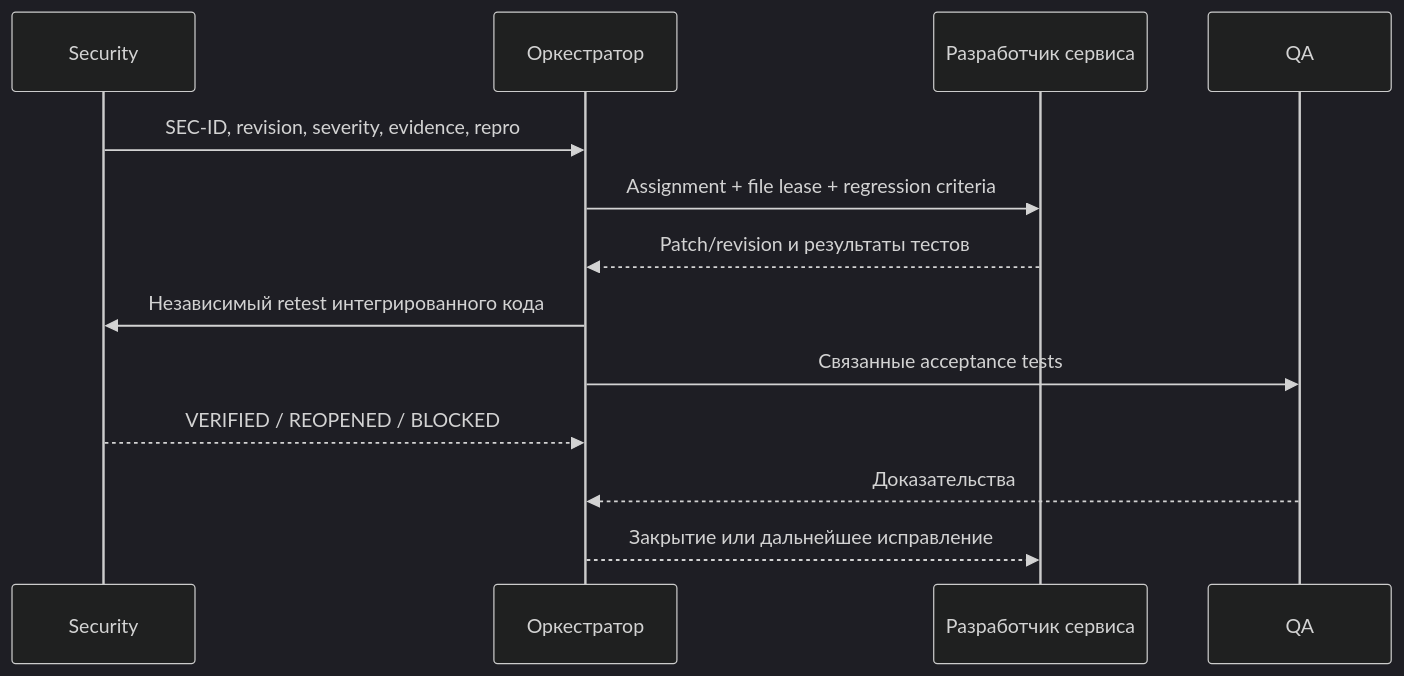
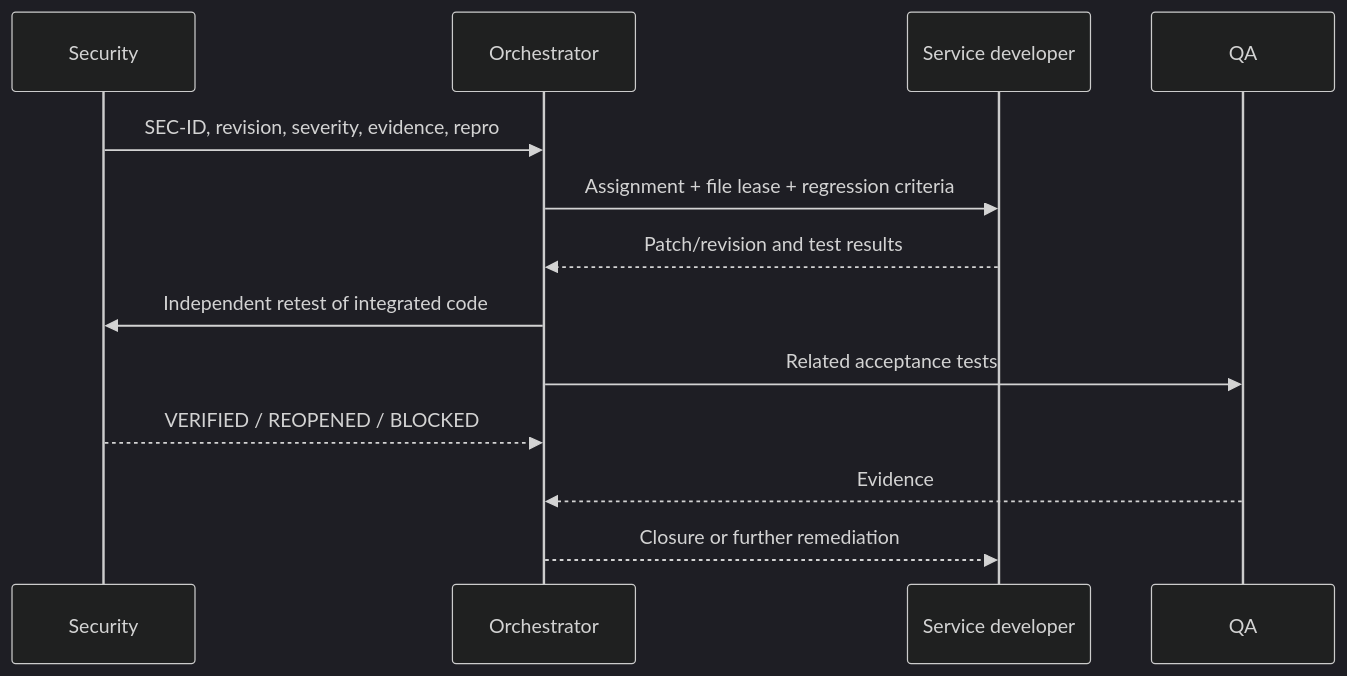
One commit to aarbabaev/ArMoney changed the ninth of 11 diagrams in ARCHITECTURE.md. Above: the diagram before and after it, drawn with Mermaid (dark theme). The commit also changed other lines of this file and 6 other files, not shown here.

Commit message:
Use English architecture documentation and neutral product descriptions

````diff
--- a/ARCHITECTURE.md
+++ b/ARCHITECTURE.md
@@ -327,15 +328,15 @@
 ```mermaid
 sequenceDiagram
     participant S as Security
-    participant O as Оркестратор
-    participant D as Разработчик сервиса
+    participant O as Orchestrator
+    participant D as Service developer
     participant Q as QA
     S->>O: SEC-ID, revision, severity, evidence, repro
     O->>D: Assignment + file lease + regression criteria
-    D-->>O: Patch/revision и результаты тестов
-    O->>S: Независимый retest интегрированного кода
-    O->>Q: Связанные acceptance tests
+    D-->>O: Patch/revision and test results
+    O->>S: Independent retest of integrated code
+    O->>Q: Related acceptance tests
     S-->>O: VERIFIED / REOPENED / BLOCKED
-    Q-->>O: Доказательства
-    O-->>D: Закрытие или дальнейшее исправление
+    Q-->>O: Evidence
+    O-->>D: Closure or further remediation
 ```
````
